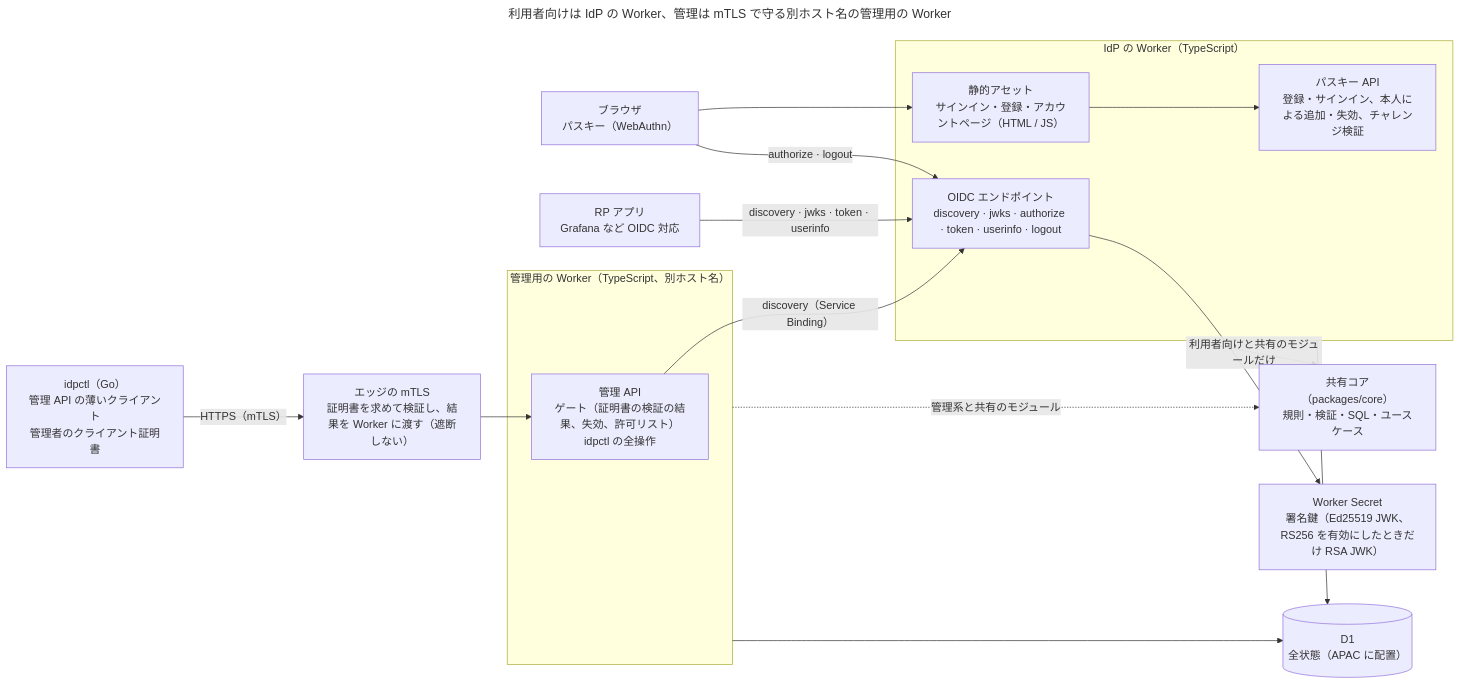
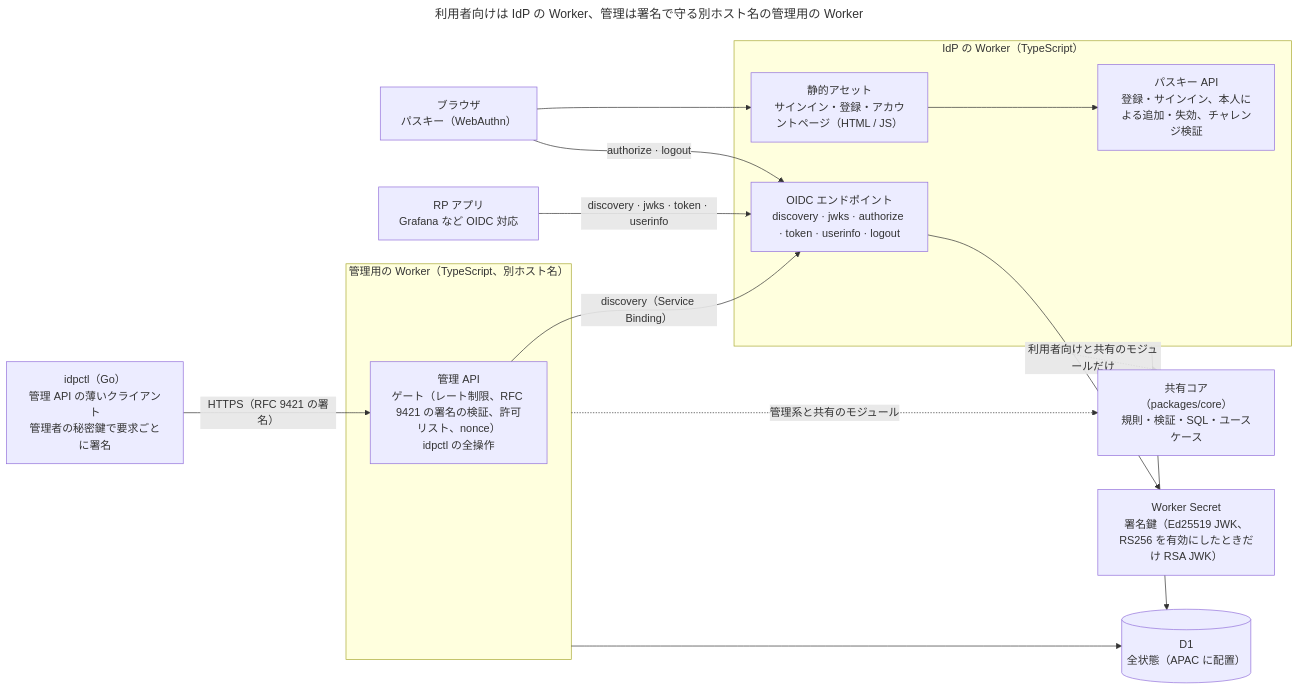
Before and after one commit to OJILab-dev/idp: the diagram in docs/design/README.md, drawn with Mermaid. The commit also changed other lines of this file and 20 other files, not shown here.

````diff
--- a/docs/design/README.md
+++ b/docs/design/README.md
@@ -36,38 +37,36 @@
 ```mermaid
 ---
-title: 利用者向けは IdP の Worker、管理は mTLS で守る別ホスト名の管理用の Worker
+title: 利用者向けは IdP の Worker、管理は署名で守る別ホスト名の管理用の Worker
 ---
 flowchart LR
   browser["ブラウザ<br/>パスキー（WebAuthn）"]
   rp["RP アプリ<br/>Grafana など OIDC 対応"]
 
   subgraph worker["IdP の Worker（TypeScript）"]
     oidc["OIDC エンドポイント<br/>discovery · jwks · authorize · token · userinfo · logout"]
     static["静的アセット<br/>サインイン・登録・アカウントページ（HTML / JS）"]
     passkey["パスキー API<br/>登録・サインイン、本人による追加・失効、チャレンジ検証"]
   end
 
-  idpctl["idpctl（Go）<br/>管理 API の薄いクライアント<br/>管理者のクライアント証明書"]
-  edge["エッジの mTLS<br/>証明書を求めて検証し、結果を Worker に渡す（遮断しない）"]
+  idpctl["idpctl（Go）<br/>管理 API の薄いクライアント<br/>管理者の秘密鍵で要求ごとに署名"]
 
   subgraph admin["管理用の Worker（TypeScript、別ホスト名）"]
-    adminapi["管理 API<br/>ゲート（証明書の検証の結果、失効、許可リスト）<br/>idpctl の全操作"]
+    adminapi["管理 API<br/>ゲート（レート制限、RFC 9421 の署名の検証、許可リスト、nonce）<br/>idpctl の全操作"]
   end
 
   core["共有コア（packages/core）<br/>規則・検証・SQL・ユースケース"]
   secret["Worker Secret<br/>署名鍵（Ed25519 JWK、RS256 を有効にしたときだけ RSA JWK）"]
   d1[("D1<br/>全状態（APAC に配置）")]
 
   browser --> static
   static --> passkey
   browser -->|"authorize · logout"| oidc
   rp -->|"discovery · jwks · token · userinfo"| oidc
   oidc --> secret
-  idpctl -->|"HTTPS（mTLS）"| edge
-  edge --> adminapi
+  idpctl -->|"HTTPS（RFC 9421 の署名）"| adminapi
   adminapi -->|"discovery（Service Binding）"| oidc
   worker -.->|"利用者向けと共有のモジュールだけ"| core
   admin -.->|"管理系と共有のモジュール"| core
   worker --> d1
   admin --> d1
 ```
````
